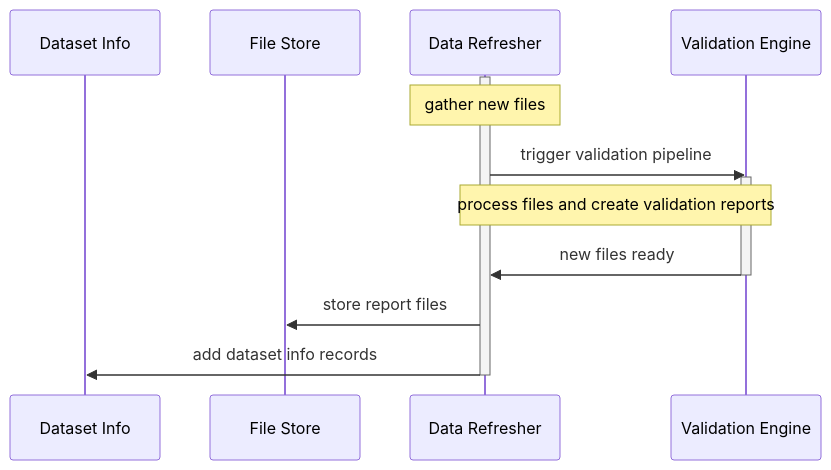
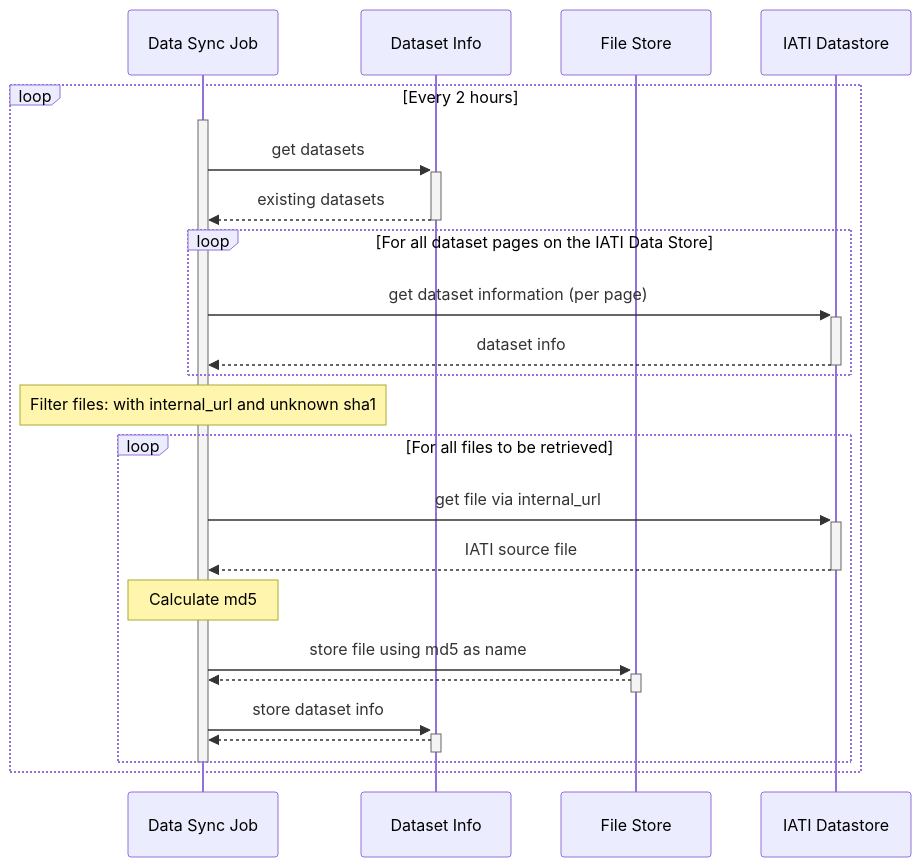
Before and after one commit to data4development/dataworkbench-api: the first of 2 diagrams in docs/refresher.md, drawn with Mermaid. The commit also changed other lines of this file, not shown here.

Commit message:
Update documentation for Datastore synchronisation

````diff
--- a/docs/refresher.md
+++ b/docs/refresher.md
@@ -15,21 +19,29 @@
 ```mermaid
 sequenceDiagram
+
+participant DSJ as Data Sync Job
 participant DS as Dataset Info
 participant FS as File Store
-participant DR as Data Refresher
-participant VE as Validation Engine
+participant DSt as IATI Datastore
 
-activate DR
-note over DR: gather new files
-
-DR->>VE: trigger validation pipeline
-activate VE
-note over DR,VE: process files and create validation reports
-VE->>DR: new files ready
-deactivate VE
-
-DR->>FS: store report files
-DR->>DS: add dataset info records
-
-deactivate DR
+loop Every 2 hours
+  activate DSJ
+  DSJ ->>+ DS: get datasets
+  DS -->>- DSJ: existing datasets
+  loop For all dataset pages on the IATI Data Store
+    DSJ ->>+ DSt: get dataset information (per page)
+    DSt -->>- DSJ: dataset info
+  end
+  note over DSJ: Filter files: with internal_url and unknown sha1
+  loop For all files to be retrieved
+    DSJ ->>+ DSt: get file via internal_url
+    DSt -->>- DSJ: IATI source file
+    note over DSJ: Calculate md5
+    DSJ ->>+ FS: store file using md5 as name
+    FS -->>- DSJ: 
+    DSJ ->>+ DS: store dataset info
+    DS -->>- DSJ: 
+  end
+  deactivate DSJ
+end
 ```
````
